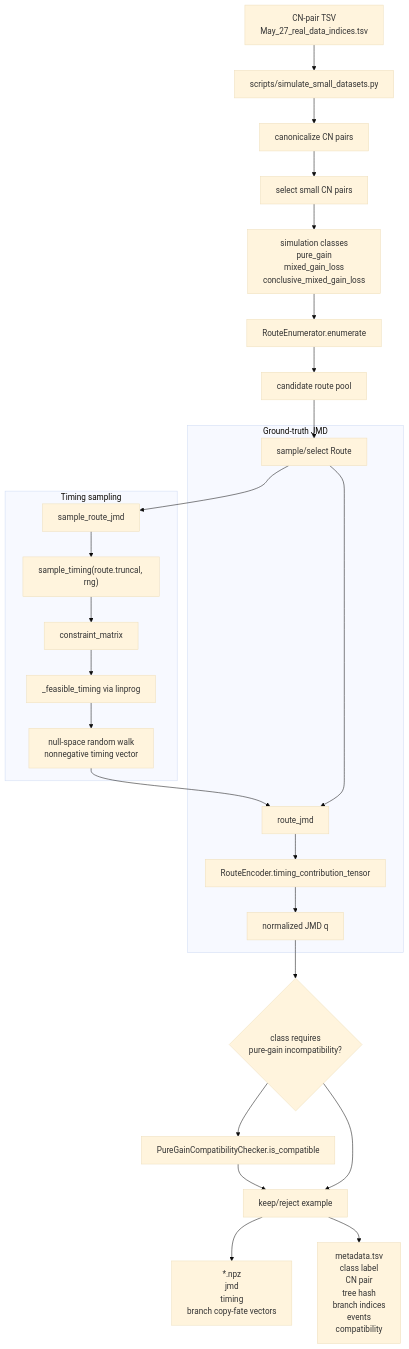
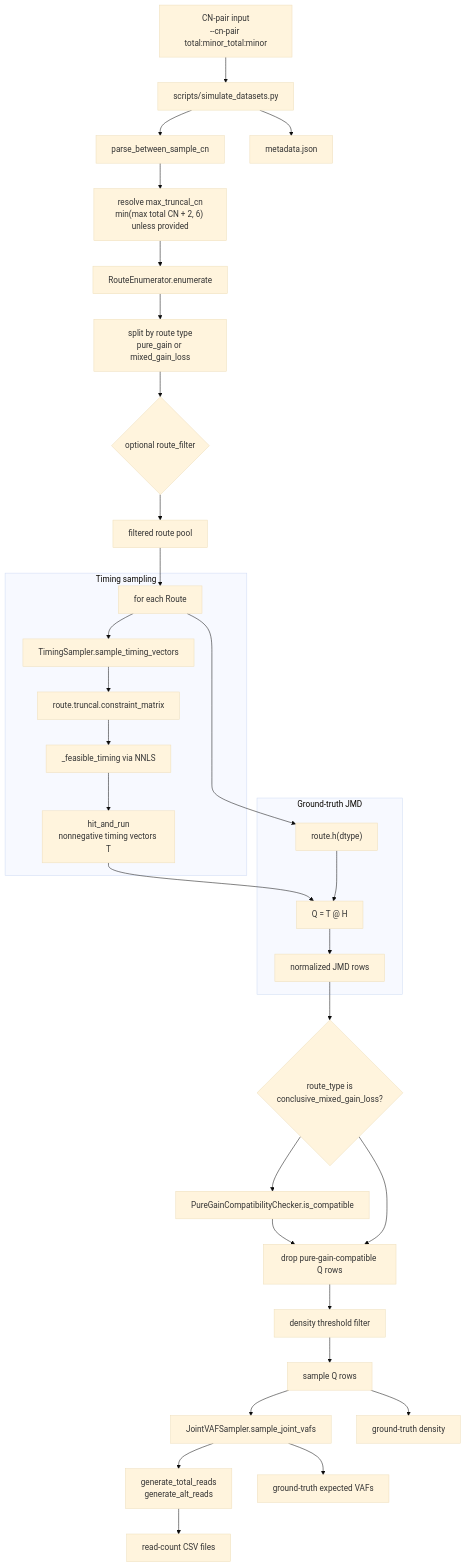
The diagram in docs/uml/simulation_workflow.mmd (SunPathLab/SPUR), drawn with Mermaid (base theme) before and after one commit. The commit also changed 30 other files, not shown here.

Commit message:
Add batch scoring and route count reports

```diff
--- a/docs/uml/simulation_workflow.mmd
+++ b/docs/uml/simulation_workflow.mmd
@@ -1,33 +1,39 @@
 flowchart TD
-    cnTsv["CN-pair TSV<br/>May_27_real_data_indices.tsv"] --> script["scripts/simulate_small_datasets.py"]
-    script --> canonical["canonicalize CN pairs"]
-    canonical --> select["select small CN pairs"]
+    input["CN-pair input<br/>--cn-pair total:minor_total:minor"] --> script["scripts/simulate_datasets.py"]
+    script --> parse["parse_between_sample_cn"]
+    parse --> truncalCap["resolve max_truncal_cn<br/>min(max total CN + 2, 6) unless provided"]
 
-    select --> classes["simulation classes<br/>pure_gain<br/>mixed_gain_loss<br/>conclusive_mixed_gain_loss"]
-    classes --> routeEnum["RouteEnumerator.enumerate"]
-    routeEnum --> routePool["candidate route pool"]
+    truncalCap --> routeEnum["RouteEnumerator.enumerate"]
+    routeEnum --> routeType["split by route type<br/>pure_gain or mixed_gain_loss"]
+    routeType --> routeFilter{"optional route_filter"}
+    routeFilter --> routePool["filtered route pool"]
 
-    routePool --> routePick["sample/select Route"]
-    routePick --> sampleRoute["sample_route_jmd"]
+    routePool --> perRoute["for each Route"]
 
     subgraph Timing["Timing sampling"]
-        sampleRoute --> sampleTiming["sample_timing(route.truncal, rng)"]
-        sampleTiming --> constraints["constraint_matrix"]
-        constraints --> feasible["_feasible_timing via linprog"]
-        feasible --> randomWalk["null-space random walk<br/>nonnegative timing vector"]
+        perRoute --> sampleTiming["TimingSampler.sample_timing_vectors"]
+        sampleTiming --> constraints["route.truncal.constraint_matrix"]
+        constraints --> feasible["_feasible_timing via NNLS"]
+        feasible --> hitAndRun["hit_and_run<br/>nonnegative timing vectors T"]
     end
 
     subgraph JMD["Ground-truth JMD"]
-        randomWalk --> routeJmd["route_jmd"]
-        routePick --> routeJmd
-        routeJmd --> encoder["RouteEncoder.timing_contribution_tensor"]
-        encoder --> q["normalized JMD q"]
+        perRoute --> h["route.h(dtype)"]
+        hitAndRun --> th["Q = T @ H"]
+        h --> th
+        th --> q["normalized JMD rows"]
     end
 
-    q --> compat{"class requires<br/>pure-gain incompatibility?"}
+    q --> compat{"route_type is<br/>conclusive_mixed_gain_loss?"}
     compat --> checker["PureGainCompatibilityChecker.is_compatible"]
-    checker --> keepOrReject["keep/reject example"]
+    checker --> keepOrReject["drop pure-gain-compatible Q rows"]
     compat --> keepOrReject
+    keepOrReject --> densityFilter["density threshold filter"]
+    densityFilter --> sampleQ["sample Q rows"]
+    sampleQ --> vaf["JointVAFSampler.sample_joint_vafs"]
+    vaf --> reads["generate_total_reads<br/>generate_alt_reads"]
 
-    keepOrReject --> npz["*.npz<br/>jmd<br/>timing<br/>branch copy-fate vectors"]
-    keepOrReject --> metadata["metadata.tsv<br/>class label<br/>CN pair<br/>tree hash<br/>branch indices<br/>events<br/>compatibility"]
+    reads --> csv["read-count CSV files"]
+    sampleQ --> truth["ground-truth density"]
+    vaf --> truthVaf["ground-truth expected VAFs"]
+    script --> metadata["metadata.json"]
```
